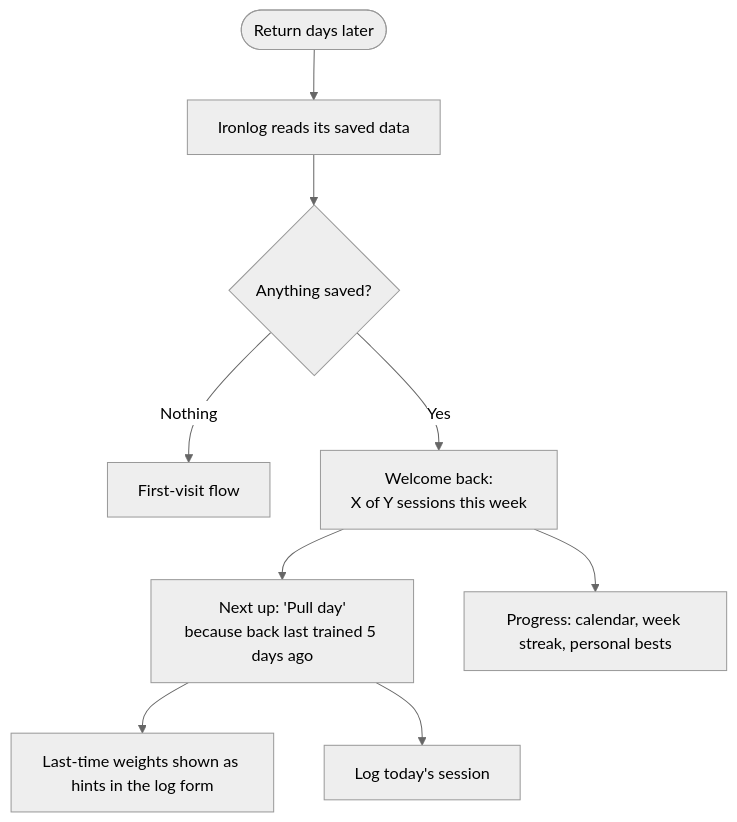
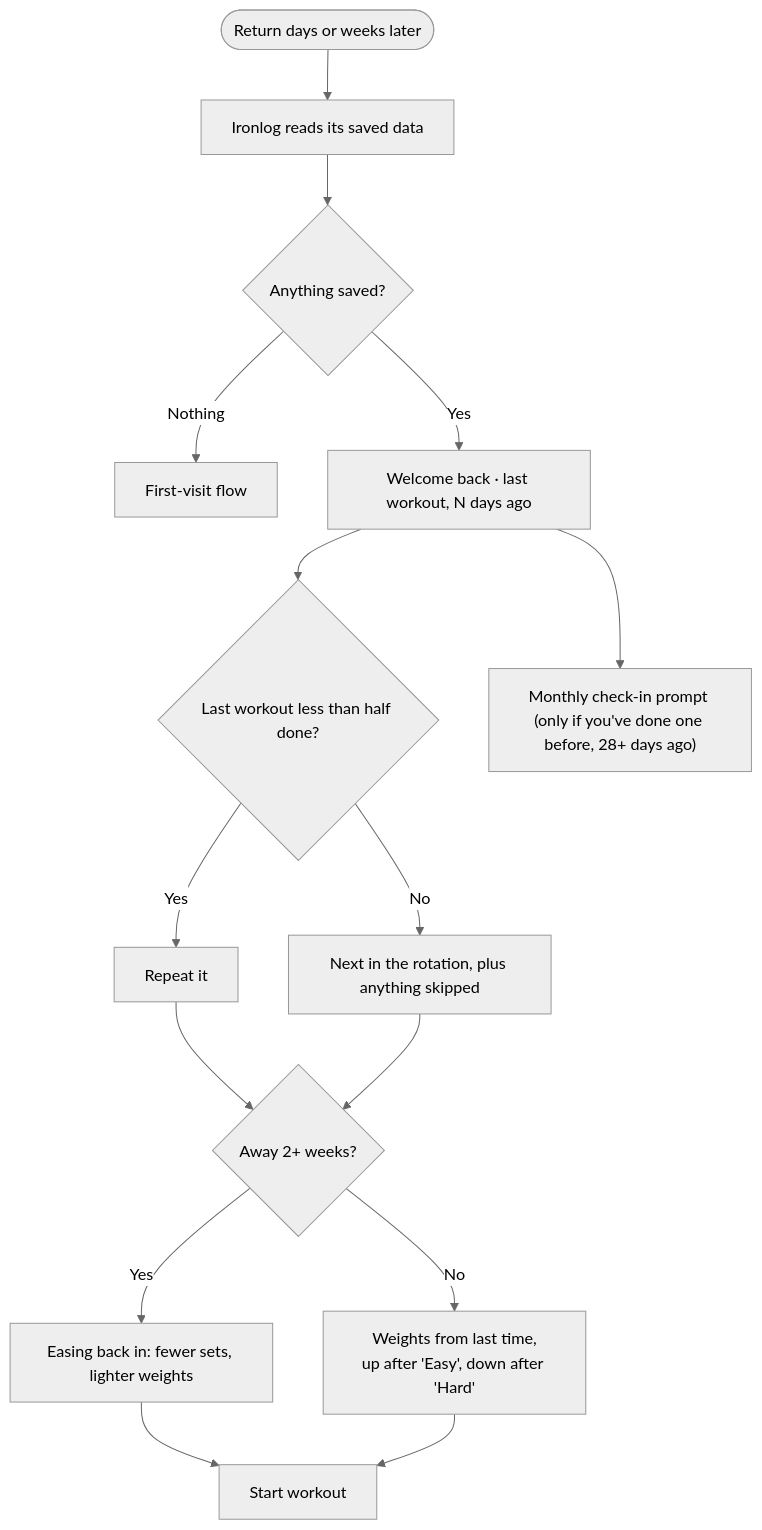
One commit to aneesamjad2001/design-build-ship-assignment-3 changed the third of 3 diagrams in flows.md. Above: the diagram before and after it, drawn with Mermaid (neutral theme). The commit also changed other lines of this file and 4 other files, not shown here.

Commit message:
Docs for v3: README, flows, AGENTS.md, decisions, verify scripts

````diff
--- a/flows.md
+++ b/flows.md
@@ -44,11 +55,17 @@
 ```mermaid
 flowchart TD
-    A([Return days later]) --> B[Ironlog reads its saved data]
+    A([Return days or weeks later]) --> B[Ironlog reads its saved data]
     B --> C{Anything saved?}
     C -- Nothing --> D[First-visit flow]
-    C -- Yes --> E["Welcome back:<br/>X of Y sessions this week"]
-    E --> F["Next up: 'Pull day'<br/>because back last trained 5 days ago"]
-    F --> G[Last-time weights shown as hints in the log form]
-    E --> H["Progress: calendar, week streak, personal bests"]
-    F --> I["Log today's session"]
+    C -- Yes --> E["Welcome back · last workout, N days ago"]
+    E --> F{Last workout less than half done?}
+    F -- Yes --> G[Repeat it]
+    F -- No --> H["Next in the rotation, plus anything skipped"]
+    G --> I{Away 2+ weeks?}
+    H --> I
+    I -- Yes --> J["Easing back in: fewer sets, lighter weights"]
+    I -- No --> K["Weights from last time,<br/>up after 'Easy', down after 'Hard'"]
+    J --> L[Start workout]
+    K --> L
+    E --> M["Monthly check-in prompt (only if you've done one before, 28+ days ago)"]
 ```
````
